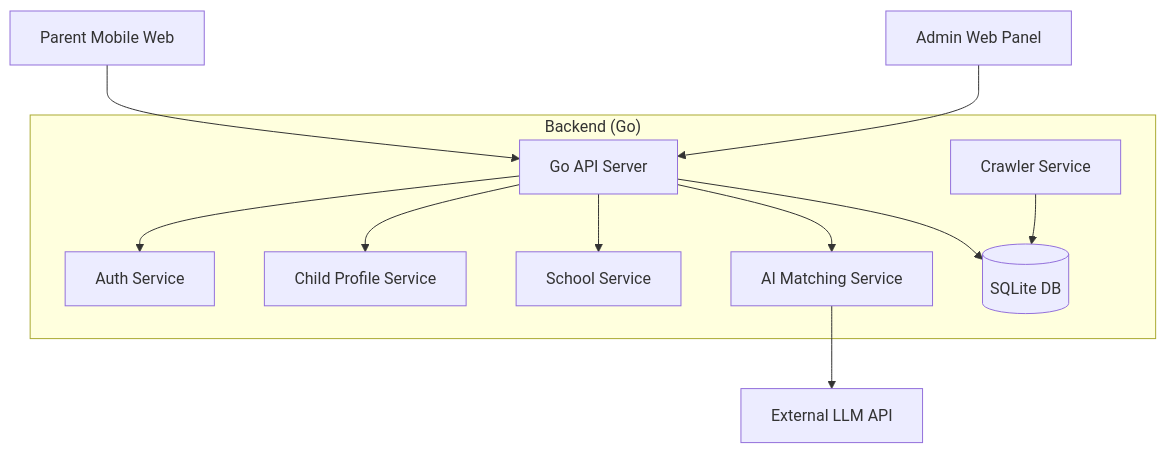
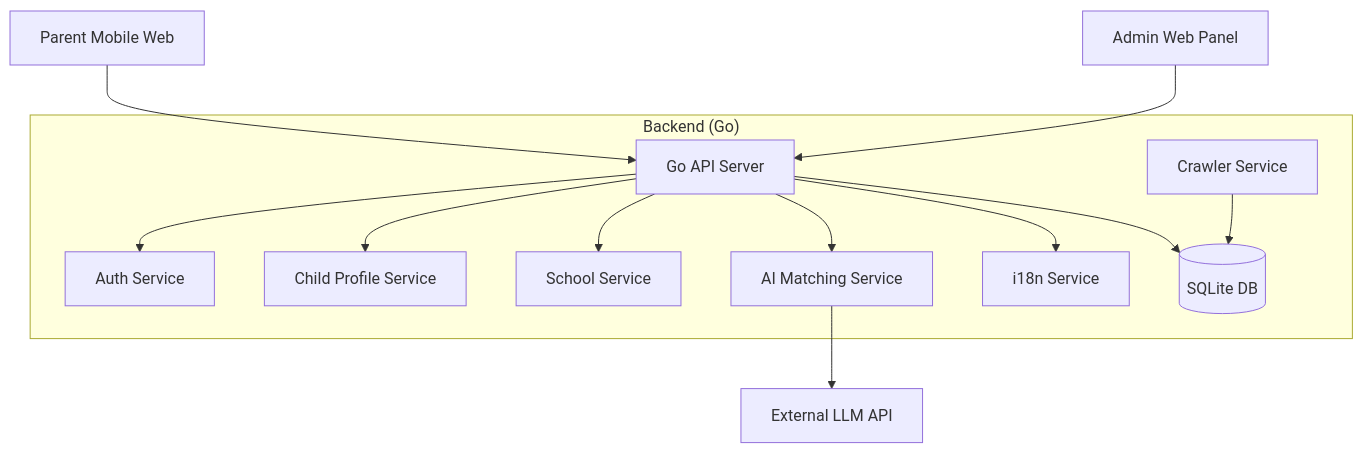
The diagram in DESIGN.md (xwfang/hkschoolweb), drawn with Mermaid before and after one commit. The commit also changed other lines of this file and 3 other files, not shown here.

````diff
--- a/DESIGN.md
+++ b/DESIGN.md
@@ -32,17 +32,19 @@
 ```mermaid
 graph TD
     Client[Parent Mobile Web] --> API[Go API Server]
     Admin[Admin Web Panel] --> API
     
     subgraph "Backend (Go)"
         API --> Auth[Auth Service]
         API --> Child[Child Profile Service]
         API --> School[School Service]
         API --> Match[AI Matching Service]
         
+        API --> I18n[i18n Service]
+        
         Crawler[Crawler Service] --> DB[(SQLite DB)]
         API --> DB
     end
     
     Match --> LLM[External LLM API]
 ```
````
